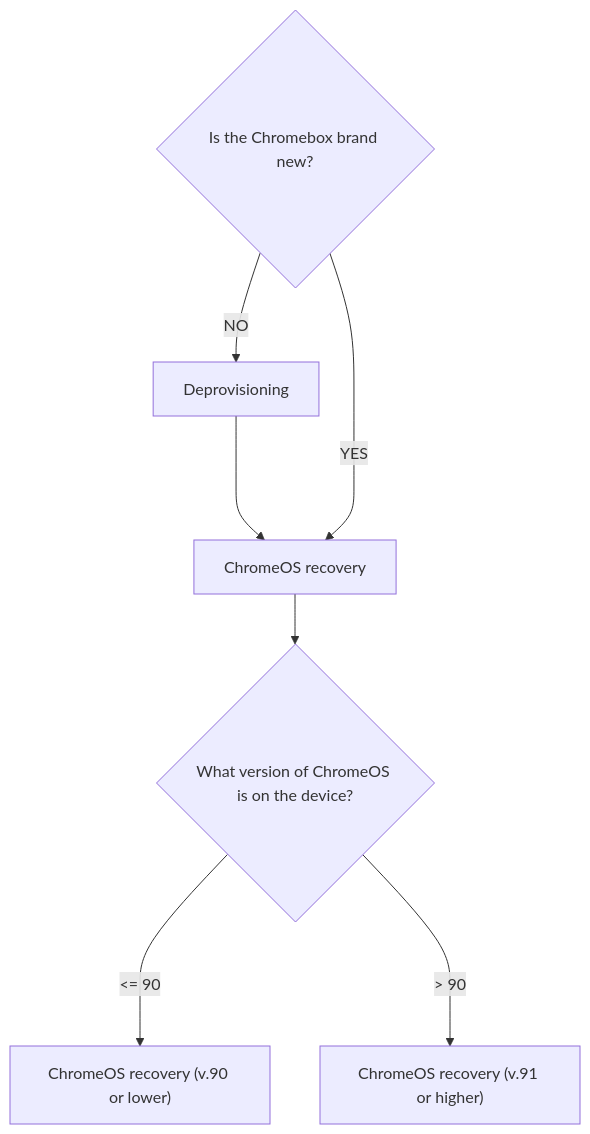
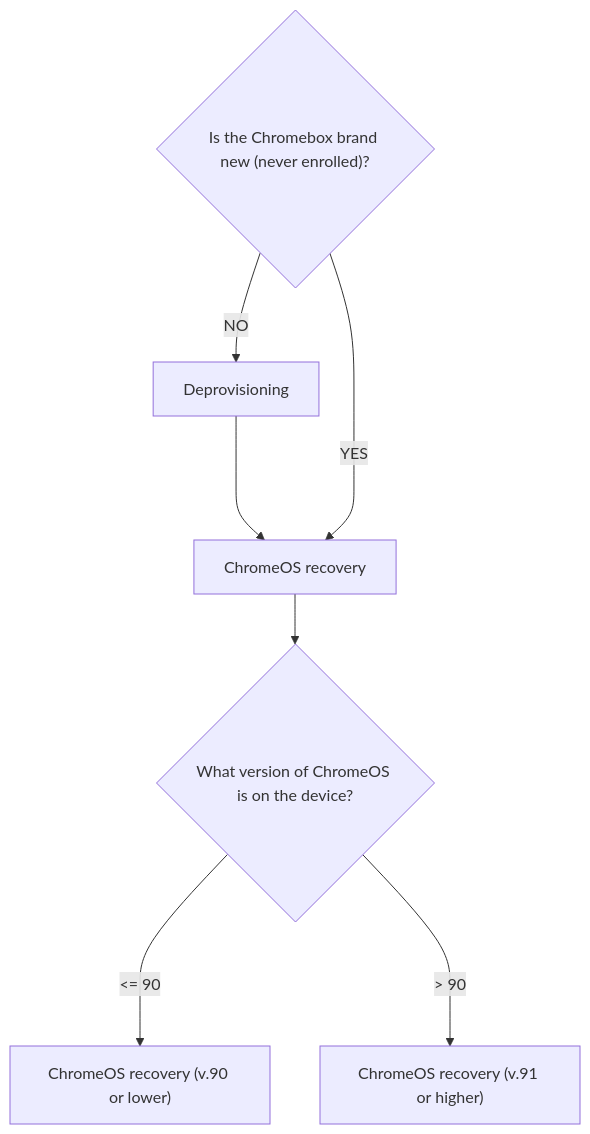
One commit to ale-polimi/ChromeOS-for-meetings-recovery-docs changed the diagram in docs/en/index.md. Above: the diagram before and after it, drawn with Mermaid. The commit also changed other lines of this file and 1 other file, not shown here.

Commit message:
Added it/index.md, fixed en/index.md

````diff
--- a/docs/en/index.md
+++ b/docs/en/index.md
@@ -19,9 +19,9 @@
 ```mermaid
 flowchart TD
-	A{Is the Chromebox brand new?}-- NO -->B[Deprovisioning]
+	A{"`Is the Chromebox brand new (never enrolled)?`"}-- NO -->B[Deprovisioning]
 	B ---> C[ChromeOS recovery]
 	A-- YES ----> C
-	C --> D{What version of ChromeOS is on the device?}
+	C --> D{"`What version of ChromeOS is on the device?`"}
 	D-- "<= 90" --->E["ChromeOS recovery (v.90 or lower)"]
 	D-- "> 90" --->F["ChromeOS recovery (v.91 or higher)"]
 ```
````
